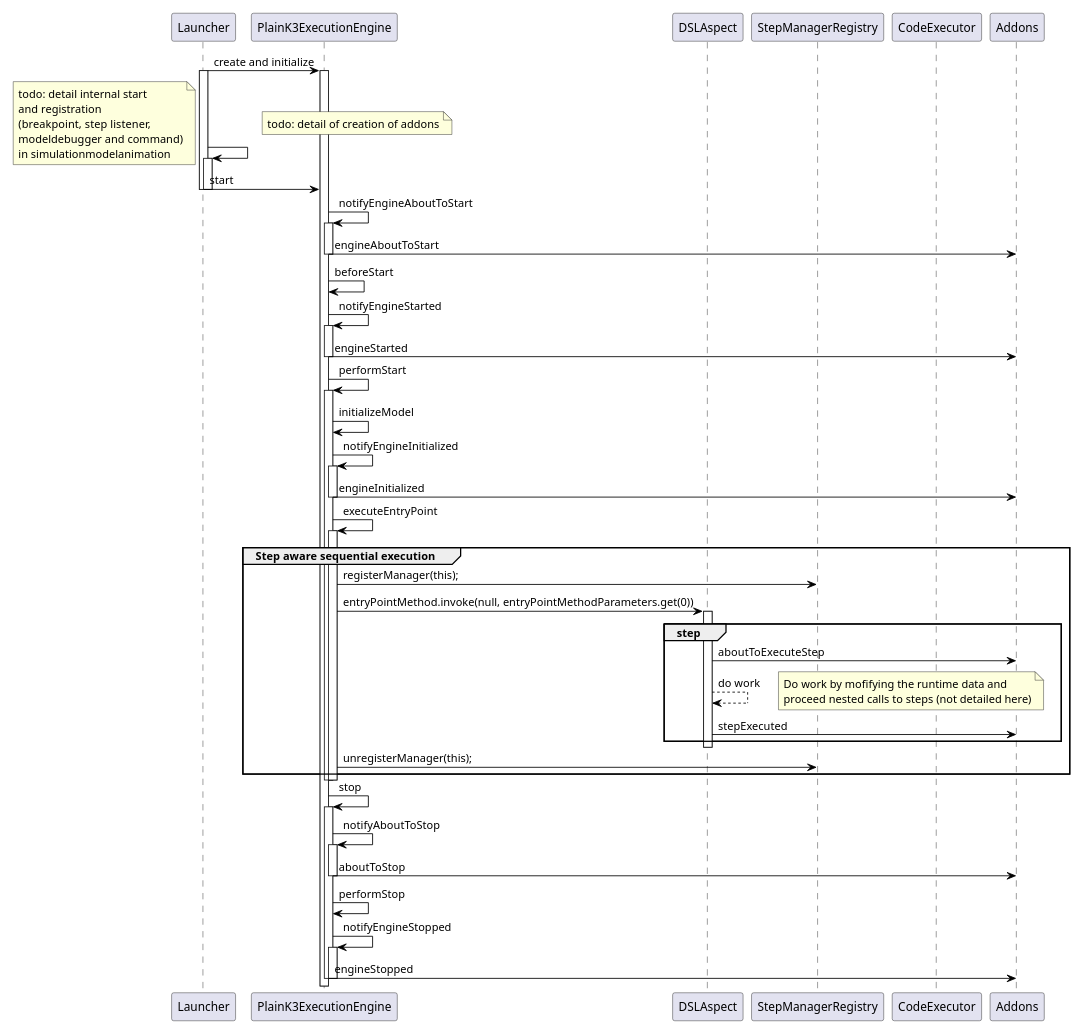
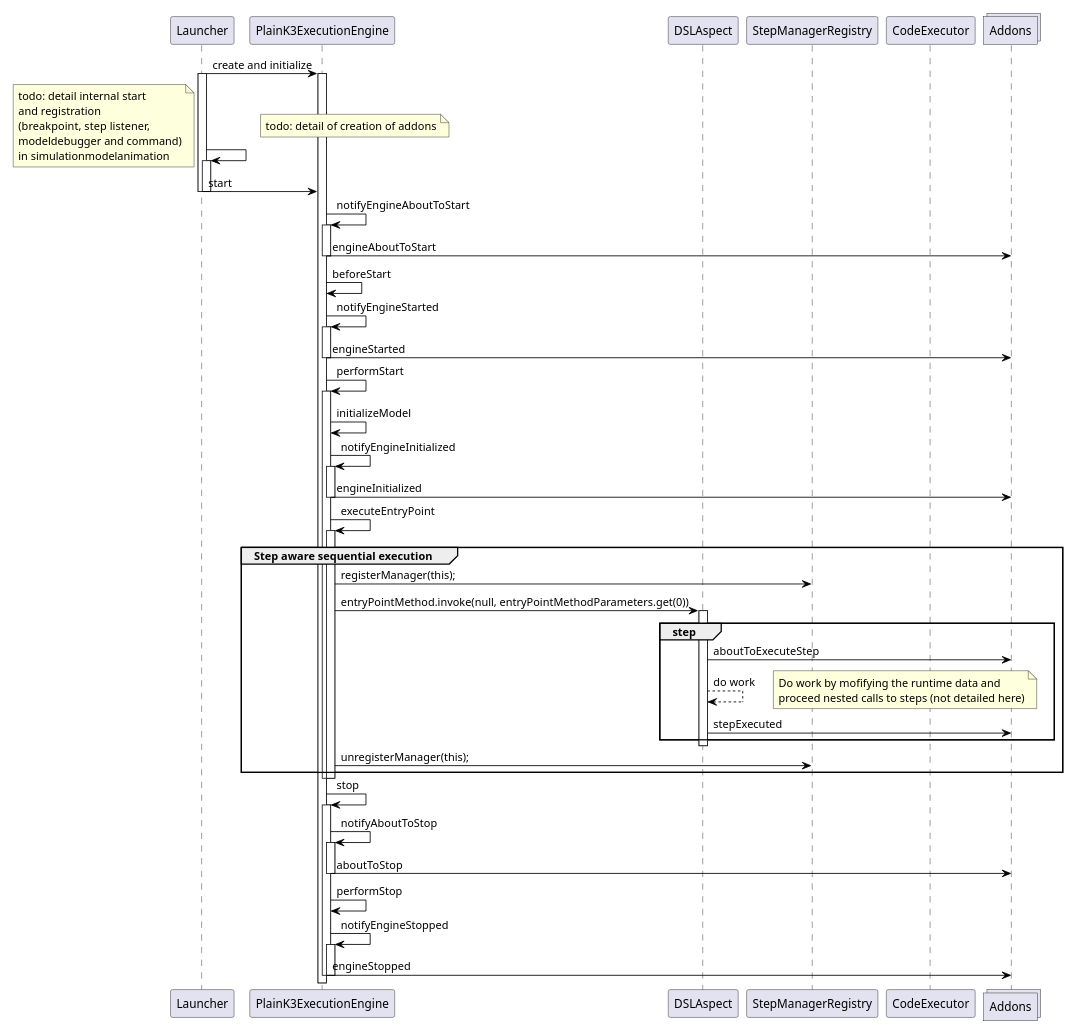
Before and after one commit to eclipse-gemoc/gemoc-studio-modeldebugging: the diagram in java_execution/docs/dev/images/dev/PlainK3ExecutionEngine_Typical_flow_SD.plantuml, drawn with PlantUML. The commit also changed 7 other files, not shown here.

```diff
--- a/java_execution/docs/dev/images/dev/PlainK3ExecutionEngine_Typical_flow_SD.plantuml
+++ b/java_execution/docs/dev/images/dev/PlainK3ExecutionEngine_Typical_flow_SD.plantuml
@@ -3,109 +3,109 @@
 @startuml
 skinparam class {
 	BackgroundColor White
 	ArrowColor Black
 	BorderColor Black
 }
 
 scale max 1024 width
 scale max 800 height
 
 participant Launcher
 participant PlainK3ExecutionEngine as Engine
 participant DSLAspect
 participant StepManagerRegistry
 participant CodeExecutor
-participant Addons as addon 
+collections Addons as addon 
 
 
 Launcher -> Engine : create and initialize
 activate Engine
 
 activate Launcher
 Launcher -> Launcher : 
 activate Launcher
 note right
 	todo: detail of creation of addons
 end note
 
 note left
 	todo: detail internal start 
 	and registration 
 	(breakpoint, step listener, 
 	modeldebugger and command)
 	in simulationmodelanimation
 end note
 Launcher -> Engine : start
 
 deactivate Launcher
 
 deactivate Launcher
 
 Engine -> Engine : notifyEngineAboutToStart
 activate Engine
 Engine -> addon : engineAboutToStart
 deactivate Engine
 
 Engine -> Engine : beforeStart
 
 Engine -> Engine : notifyEngineStarted
 activate Engine
 Engine -> addon : engineStarted
 deactivate Engine
 
 Engine -> Engine : performStart
 activate Engine 
 
 Engine -> Engine: initializeModel
 
 Engine -> Engine: notifyEngineInitialized
 activate Engine
 Engine -> addon: engineInitialized
 deactivate Engine
 
 
 Engine -> Engine: executeEntryPoint
 
 activate Engine
 
 group Step aware sequential execution
 	Engine -> StepManagerRegistry: registerManager(this);
 	Engine -> DSLAspect: entryPointMethod.invoke(null, entryPointMethodParameters.get(0))
 	
 	activate DSLAspect
 	group step
 		DSLAspect -> addon: aboutToExecuteStep
 		DSLAspect --> DSLAspect : do work 
 		note right
 			Do work by mofifying the runtime data and 
 			proceed nested calls to steps (not detailed here)
 		end note
 		DSLAspect -> addon: stepExecuted
 	end
 	deactivate DSLAspect
 	
 	Engine -> StepManagerRegistry: unregisterManager(this);
 end 
 
 deactivate Engine
 deactivate Engine
 Engine -> Engine : stop
 activate Engine
 
 Engine -> Engine : notifyAboutToStop
 activate Engine
 Engine -> addon : aboutToStop
 deactivate Engine
 
 
 Engine -> Engine : performStop
 
 Engine -> Engine : notifyEngineStopped
 activate Engine
 Engine -> addon : engineStopped
 deactivate Engine
 
 
 deactivate Engine
 
 @enduml
```
